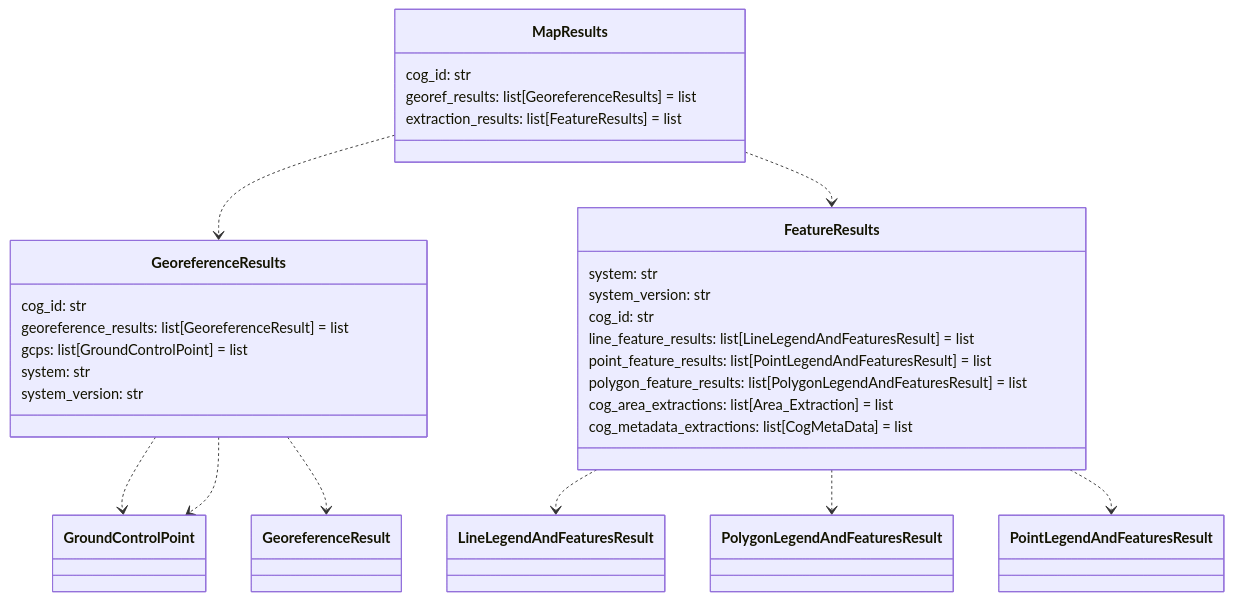
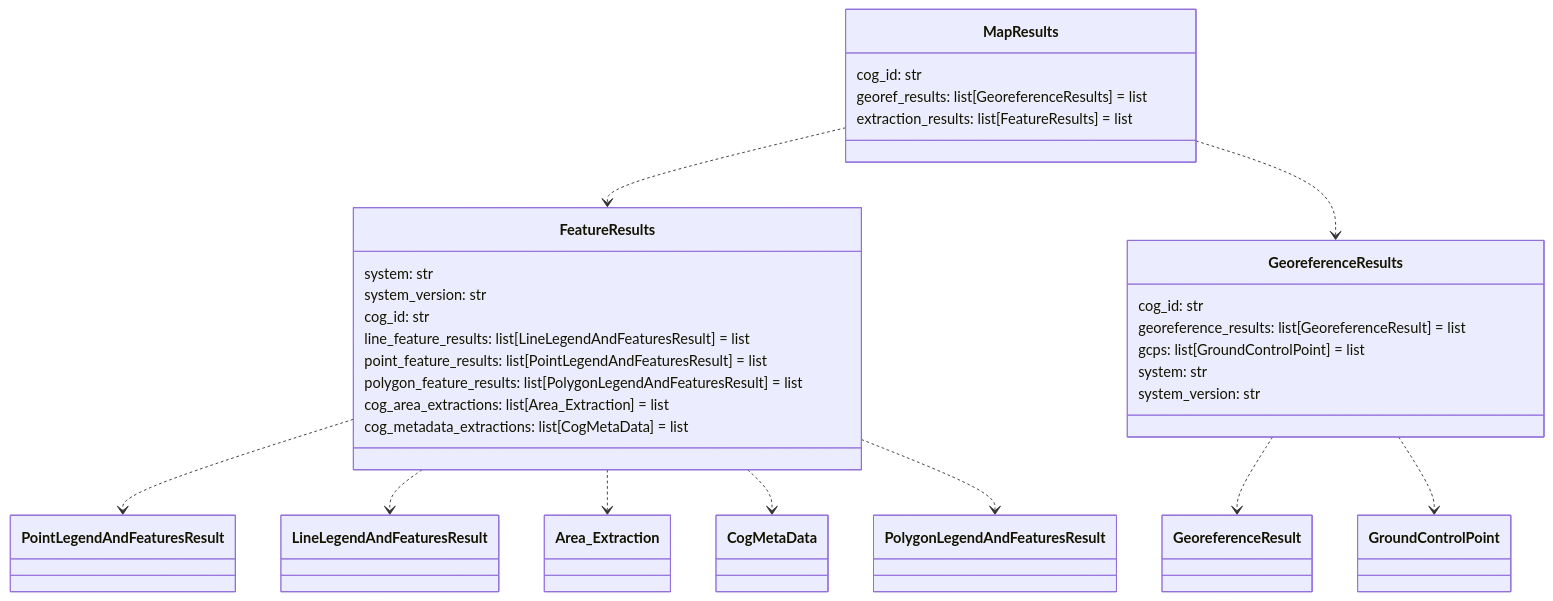
Diagram 11 of 14 in README.md (DARPA-CRITICALMAAS/cdr_schemas), drawn with Mermaid before and after one commit. The commit also changed other lines of this file and 1 other file, not shown here.

````diff
--- a/README.md
+++ b/README.md
@@ -986,39 +937,40 @@
 ```mermaid
 classDiagram
-
-    class MapResults {
-        cog_id: str
-        georef_results: list[GeoreferenceResults] = list
-        extraction_results: list[FeatureResults] = list
-    }
-
-    class GeoreferenceResults {
-        cog_id: str
-        georeference_results: list[GeoreferenceResult] = list
-        gcps: list[GroundControlPoint] = list
-        system: str
-        system_version: str
-    }
 
     class FeatureResults {
         system: str
         system_version: str
         cog_id: str
         line_feature_results: list[LineLegendAndFeaturesResult] = list
         point_feature_results: list[PointLegendAndFeaturesResult] = list
         polygon_feature_results: list[PolygonLegendAndFeaturesResult] = list
         cog_area_extractions: list[Area_Extraction] = list
         cog_metadata_extractions: list[CogMetaData] = list
     }
 
+    class GeoreferenceResults {
+        cog_id: str
+        georeference_results: list[GeoreferenceResult] = list
+        gcps: list[GroundControlPoint] = list
+        system: str
+        system_version: str
+    }
+
+    class MapResults {
+        cog_id: str
+        georef_results: list[GeoreferenceResults] = list
+        extraction_results: list[FeatureResults] = list
+    }
+
+    FeatureResults ..> PointLegendAndFeaturesResult
     FeatureResults ..> LineLegendAndFeaturesResult
+    FeatureResults ..> Area_Extraction
+    FeatureResults ..> CogMetaData
     FeatureResults ..> PolygonLegendAndFeaturesResult
-    FeatureResults ..> PointLegendAndFeaturesResult
-    GeoreferenceResults ..> GroundControlPoint
     GeoreferenceResults ..> GeoreferenceResult
     GeoreferenceResults ..> GroundControlPoint
+    MapResults ..> FeatureResults
     MapResults ..> GeoreferenceResults
-    MapResults ..> FeatureResults
 
 
 ```
````
